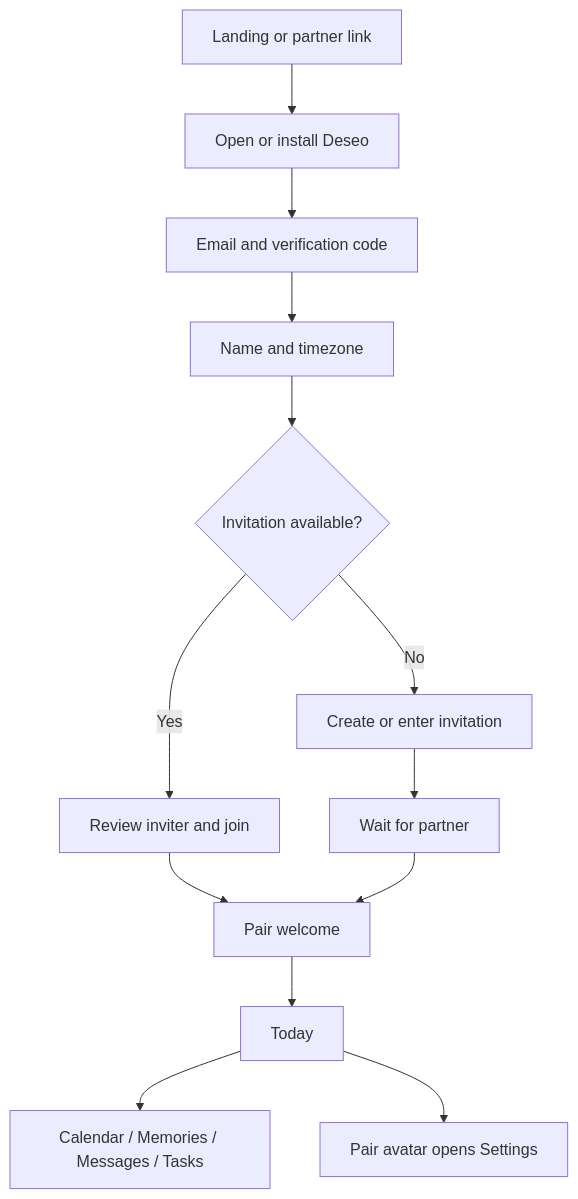
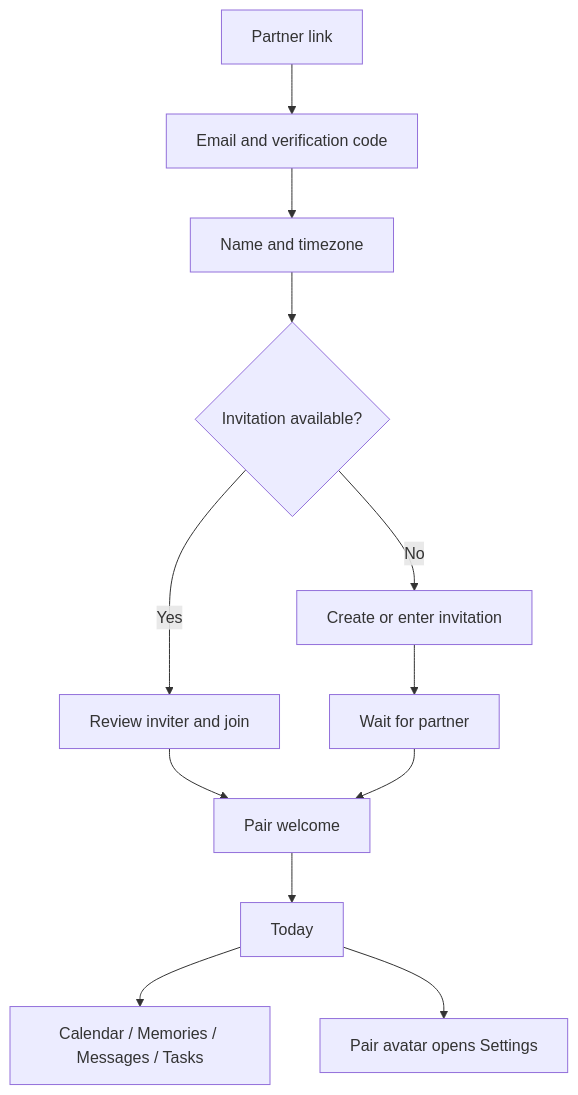
Before and after one commit to corashina/deseo: the diagram in docs/README.md, drawn with Mermaid. The commit also changed other lines of this file and 865 other files, not shown here.

````diff
--- a/docs/README.md
+++ b/docs/README.md
@@ -48,15 +38,14 @@
 ```mermaid
 flowchart TD
-  Landing[Landing or partner link] --> Install[Open or install Deseo]
-  Install --> Auth[Email and verification code]
+  Link[Partner link] --> Auth[Email and verification code]
   Auth --> Profile[Name and timezone]
   Profile --> Choice{Invitation available?}
   Choice -->|Yes| Confirm[Review inviter and join]
   Choice -->|No| Invite[Create or enter invitation]
   Invite --> Waiting[Wait for partner]
   Confirm --> Welcome[Pair welcome]
   Waiting --> Welcome
   Welcome --> Today[Today]
-  Today --> Tabs[Calendar / Memories / Messages / Tasks]
+  Today --> Sections[Calendar / Memories / Messages / Tasks]
   Today --> Settings[Pair avatar opens Settings]
 ```
````
